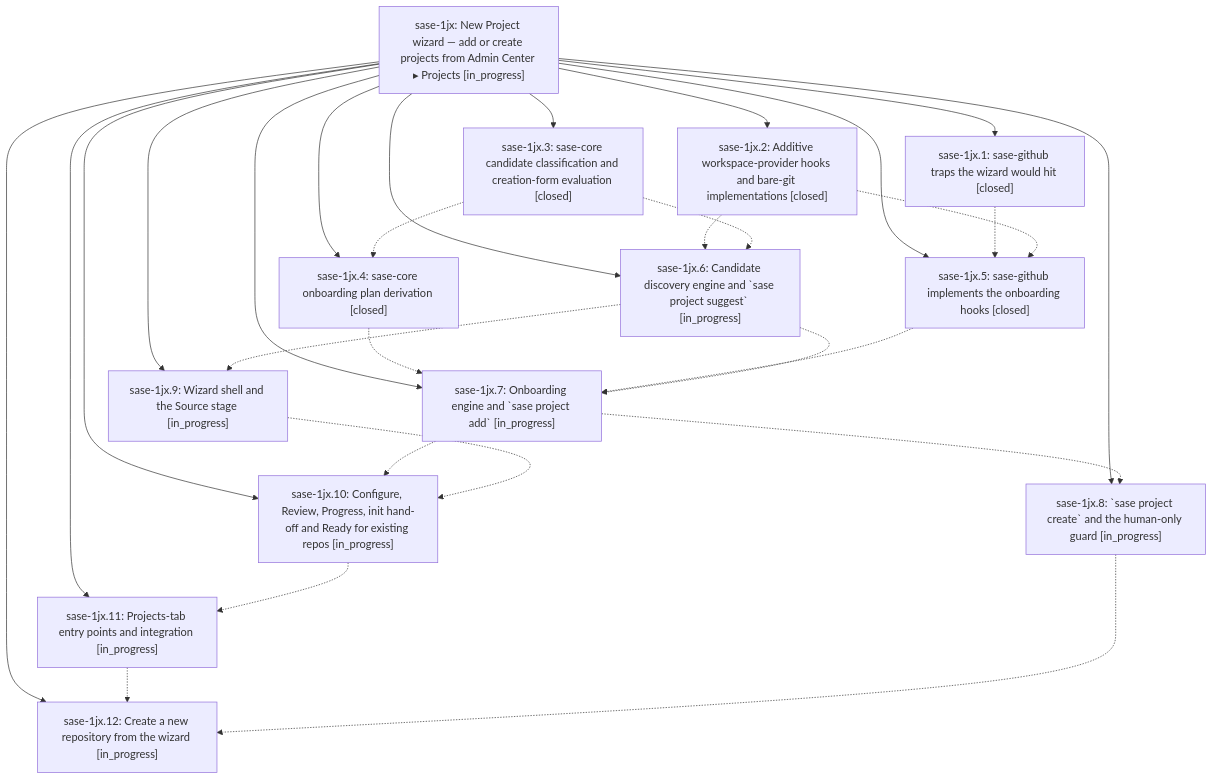
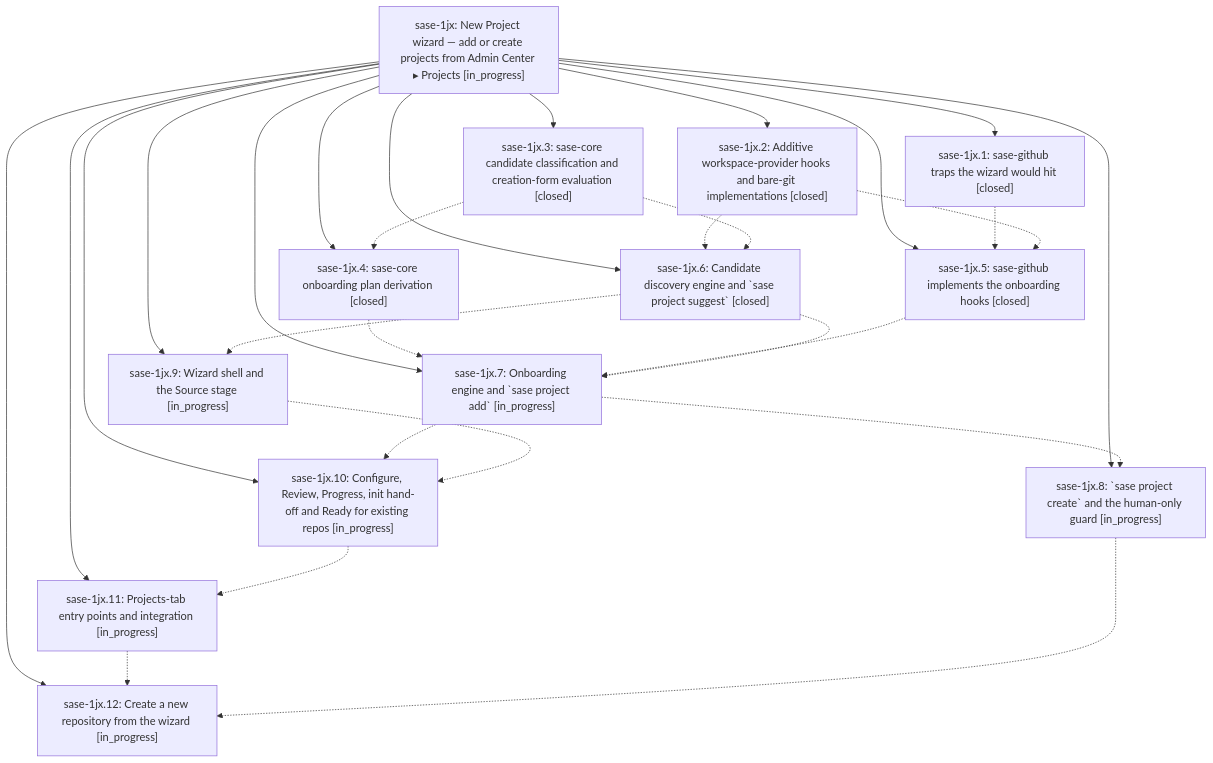
One commit to sase-org/sase--beads changed the diagram in pages/sase-1jx/README.md. Above: the diagram before and after it, drawn with Mermaid. The commit also changed other lines of this file and 8 other files, not shown here.

````diff
--- a/pages/sase-1jx/README.md
+++ b/pages/sase-1jx/README.md
@@ -47,43 +47,43 @@
 ```mermaid
 flowchart TD
     n0["sase-1jx: New Project wizard — add or create projects from Admin Center ▸ Projects [in_progress]"]
     n1["sase-1jx.1: sase-github traps the wizard would hit [closed]"]
     n2["sase-1jx.10: Configure, Review, Progress, init hand-off and Ready for existing repos [in_progress]"]
     n3["sase-1jx.11: Projects-tab entry points and integration [in_progress]"]
     n4["sase-1jx.12: Create a new repository from the wizard [in_progress]"]
     n5["sase-1jx.2: Additive workspace-provider hooks and bare-git implementations [closed]"]
     n6["sase-1jx.3: sase-core candidate classification and creation-form evaluation [closed]"]
     n7["sase-1jx.4: sase-core onboarding plan derivation [closed]"]
     n8["sase-1jx.5: sase-github implements the onboarding hooks [closed]"]
-    n9["sase-1jx.6: Candidate discovery engine and `sase project suggest` [in_progress]"]
+    n9["sase-1jx.6: Candidate discovery engine and `sase project suggest` [closed]"]
     n10["sase-1jx.7: Onboarding engine and `sase project add` [in_progress]"]
     n11["sase-1jx.8: `sase project create` and the human-only guard [in_progress]"]
     n12["sase-1jx.9: Wizard shell and the Source stage [in_progress]"]
     n0 --> n1
     n0 --> n2
     n0 --> n3
     n0 --> n4
     n0 --> n5
     n0 --> n6
     n0 --> n7
     n0 --> n8
     n0 --> n9
     n0 --> n10
     n0 --> n11
     n0 --> n12
     n1 -.-> n8
     n2 -.-> n3
     n3 -.-> n4
     n5 -.-> n8
     n5 -.-> n9
     n6 -.-> n7
     n6 -.-> n9
     n7 -.-> n10
     n8 -.-> n10
     n9 -.-> n10
     n9 -.-> n12
     n10 -.-> n2
     n10 -.-> n11
     n11 -.-> n4
     n12 -.-> n2
 ```
````
